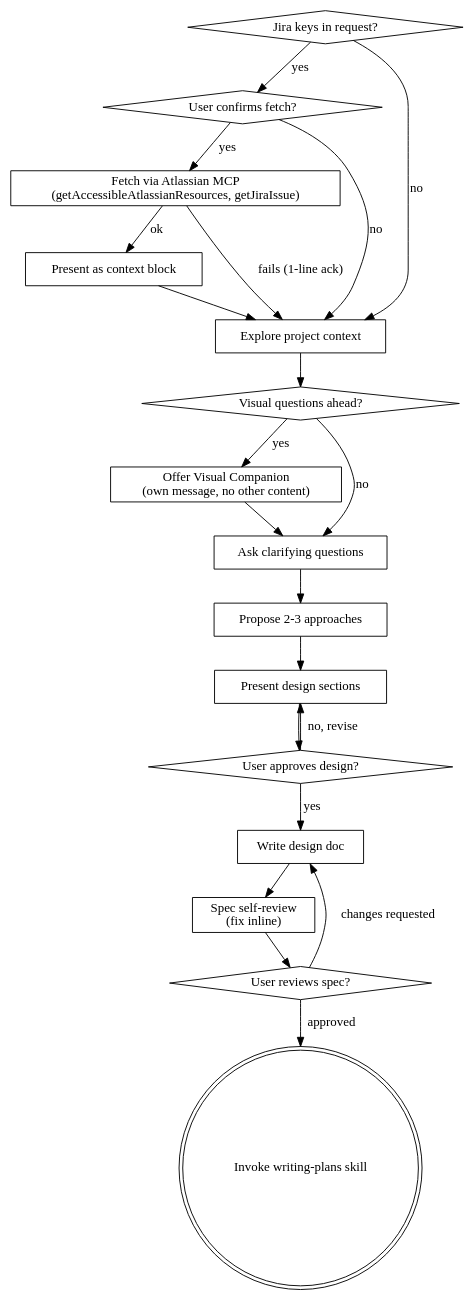
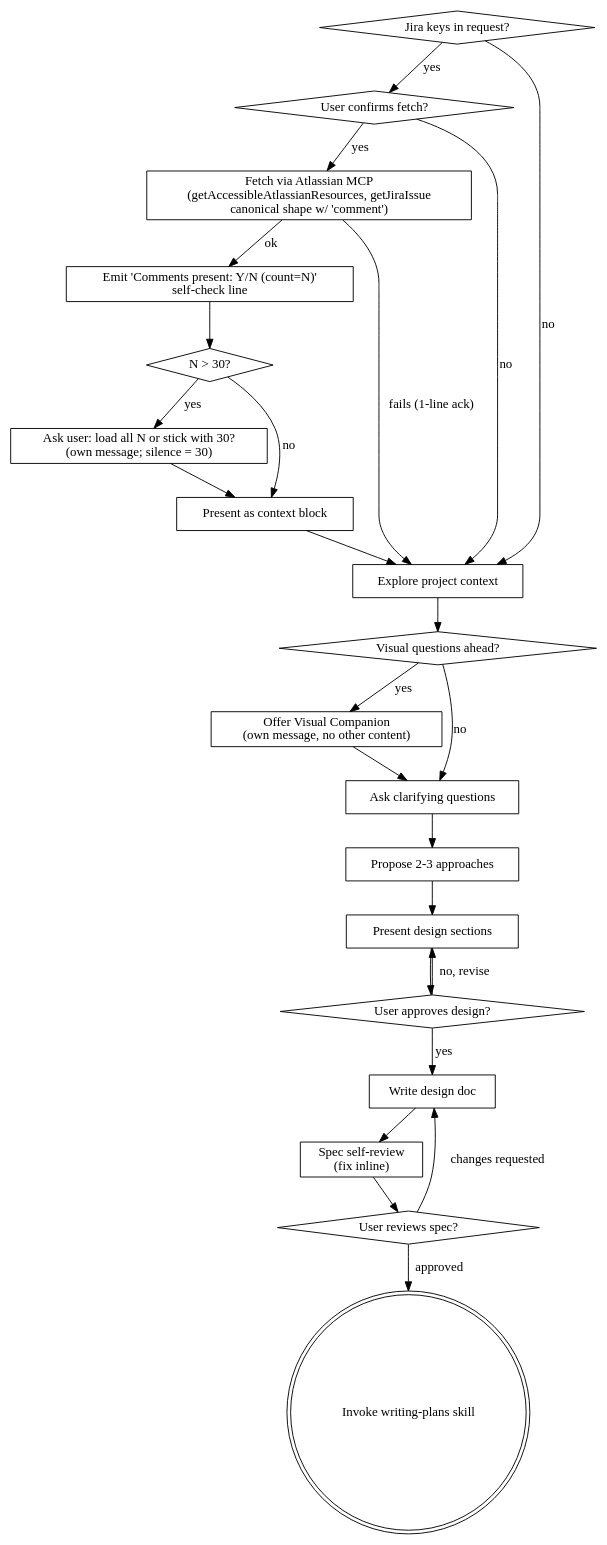
One commit to zroman88/superpowers changed the diagram in skills/brainstorming/SKILL.md. Above: the diagram before and after it, drawn with Graphviz. The commit also changed other lines of this file, not shown here.

First line of the commit message:
brainstorming: enforce single canonical getJiraIssue call and comment self-check

````diff
--- a/skills/brainstorming/SKILL.md
+++ b/skills/brainstorming/SKILL.md
@@ -37,40 +37,47 @@
 ```dot
 digraph brainstorming {
     "Jira keys in request?" [shape=diamond];
     "User confirms fetch?" [shape=diamond];
-    "Fetch via Atlassian MCP\n(getAccessibleAtlassianResources, getJiraIssue)" [shape=box];
+    "Fetch via Atlassian MCP\n(getAccessibleAtlassianResources, getJiraIssue\ncanonical shape w/ 'comment')" [shape=box];
+    "Emit 'Comments present: Y/N (count=N)'\nself-check line" [shape=box];
+    "N > 30?" [shape=diamond];
+    "Ask user: load all N or stick with 30?\n(own message; silence = 30)" [shape=box];
     "Present as context block" [shape=box];
     "Explore project context" [shape=box];
     "Visual questions ahead?" [shape=diamond];
     "Offer Visual Companion\n(own message, no other content)" [shape=box];
     "Ask clarifying questions" [shape=box];
     "Propose 2-3 approaches" [shape=box];
     "Present design sections" [shape=box];
     "User approves design?" [shape=diamond];
     "Write design doc" [shape=box];
     "Spec self-review\n(fix inline)" [shape=box];
     "User reviews spec?" [shape=diamond];
     "Invoke writing-plans skill" [shape=doublecircle];
 
     "Jira keys in request?" -> "User confirms fetch?" [label="yes"];
     "Jira keys in request?" -> "Explore project context" [label="no"];
-    "User confirms fetch?" -> "Fetch via Atlassian MCP\n(getAccessibleAtlassianResources, getJiraIssue)" [label="yes"];
+    "User confirms fetch?" -> "Fetch via Atlassian MCP\n(getAccessibleAtlassianResources, getJiraIssue\ncanonical shape w/ 'comment')" [label="yes"];
     "User confirms fetch?" -> "Explore project context" [label="no"];
-    "Fetch via Atlassian MCP\n(getAccessibleAtlassianResources, getJiraIssue)" -> "Present as context block" [label="ok"];
-    "Fetch via Atlassian MCP\n(getAccessibleAtlassianResources, getJiraIssue)" -> "Explore project context" [label="fails (1-line ack)"];
+    "Fetch via Atlassian MCP\n(getAccessibleAtlassianResources, getJiraIssue\ncanonical shape w/ 'comment')" -> "Emit 'Comments present: Y/N (count=N)'\nself-check line" [label="ok"];
+    "Fetch via Atlassian MCP\n(getAccessibleAtlassianResources, getJiraIssue\ncanonical shape w/ 'comment')" -> "Explore project context" [label="fails (1-line ack)"];
+    "Emit 'Comments present: Y/N (count=N)'\nself-check line" -> "N > 30?";
+    "N > 30?" -> "Ask user: load all N or stick with 30?\n(own message; silence = 30)" [label="yes"];
+    "N > 30?" -> "Present as context block" [label="no"];
+    "Ask user: load all N or stick with 30?\n(own message; silence = 30)" -> "Present as context block";
     "Present as context block" -> "Explore project context";
     "Explore project context" -> "Visual questions ahead?";
     "Visual questions ahead?" -> "Offer Visual Companion\n(own message, no other content)" [label="yes"];
     "Visual questions ahead?" -> "Ask clarifying questions" [label="no"];
     "Offer Visual Companion\n(own message, no other content)" -> "Ask clarifying questions";
     "Ask clarifying questions" -> "Propose 2-3 approaches";
     "Propose 2-3 approaches" -> "Present design sections";
     "Present design sections" -> "User approves design?";
     "User approves design?" -> "Present design sections" [label="no, revise"];
     "User approves design?" -> "Write design doc" [label="yes"];
     "Write design doc" -> "Spec self-review\n(fix inline)";
     "Spec self-review\n(fix inline)" -> "User reviews spec?";
     "User reviews spec?" -> "Write design doc" [label="changes requested"];
     "User reviews spec?" -> "Invoke writing-plans skill" [label="approved"];
 }
 ```
````
